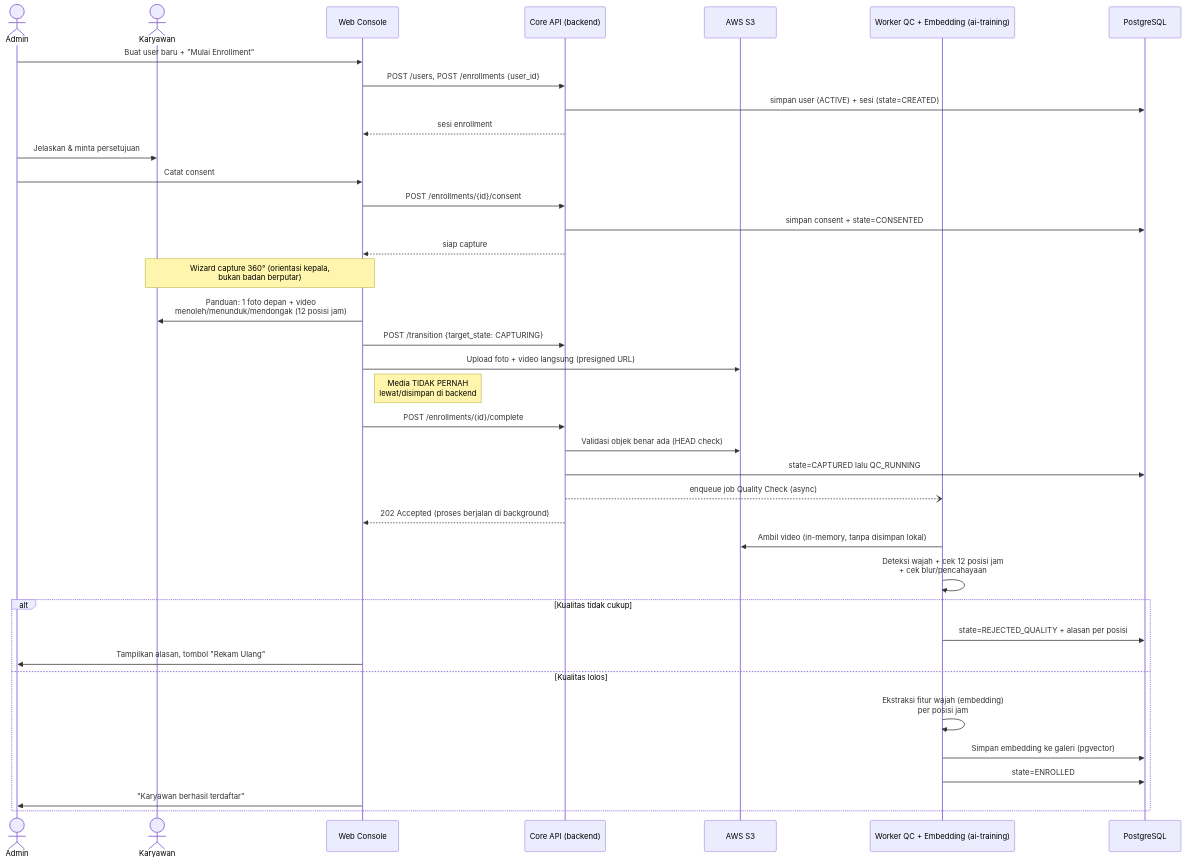
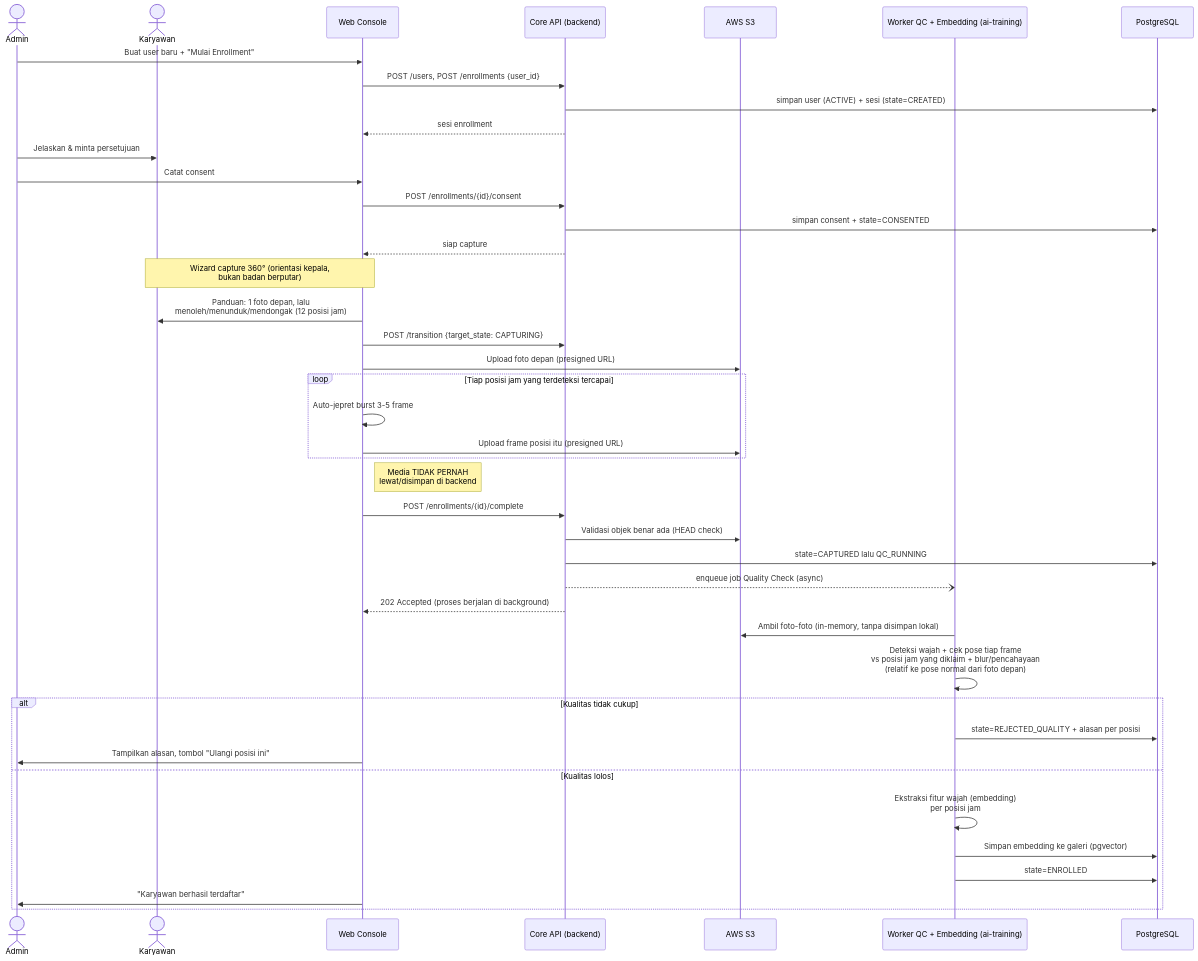
One commit to jalalAzhmatkhan/face-recognition changed the second of 8 diagrams in README.md. Above: the diagram before and after it, drawn with Mermaid. The commit also changed other lines of this file and 4 other files, not shown here.

````diff
--- a/README.md
+++ b/README.md
@@ -290,45 +290,49 @@
 ```mermaid
 sequenceDiagram
     actor Admin
     actor Karyawan
     participant FE as Web Console
     participant API as Core API (backend)
     participant S3 as AWS S3
     participant Worker as Worker QC + Embedding (ai-training)
     participant DB as PostgreSQL
 
     Admin->>FE: Buat user baru + "Mulai Enrollment"
     FE->>API: POST /users, POST /enrollments {user_id}
     API->>DB: simpan user (ACTIVE) + sesi (state=CREATED)
     API-->>FE: sesi enrollment
 
     Admin->>Karyawan: Jelaskan & minta persetujuan
     Admin->>FE: Catat consent
     FE->>API: POST /enrollments/{id}/consent
     API->>DB: simpan consent + state=CONSENTED
     API-->>FE: siap capture
 
     Note over FE,Karyawan: Wizard capture 360° (orientasi kepala,<br/>bukan badan berputar)
-    FE->>Karyawan: Panduan: 1 foto depan + video<br/>menoleh/menunduk/mendongak (12 posisi jam)
+    FE->>Karyawan: Panduan: 1 foto depan, lalu<br/>menoleh/menunduk/mendongak (12 posisi jam)
     FE->>API: POST /transition {target_state: CAPTURING}
-    FE->>S3: Upload foto + video langsung (presigned URL)
+    FE->>S3: Upload foto depan (presigned URL)
+    loop Tiap posisi jam yang terdeteksi tercapai
+        FE->>FE: Auto-jepret burst 3-5 frame
+        FE->>S3: Upload frame posisi itu (presigned URL)
+    end
     Note right of FE: Media TIDAK PERNAH<br/>lewat/disimpan di backend
 
     FE->>API: POST /enrollments/{id}/complete
     API->>S3: Validasi objek benar ada (HEAD check)
     API->>DB: state=CAPTURED lalu QC_RUNNING
     API--)Worker: enqueue job Quality Check (async)
     API-->>FE: 202 Accepted (proses berjalan di background)
 
-    Worker->>S3: Ambil video (in-memory, tanpa disimpan lokal)
-    Worker->>Worker: Deteksi wajah + cek 12 posisi jam<br/>+ cek blur/pencahayaan
+    Worker->>S3: Ambil foto-foto (in-memory, tanpa disimpan lokal)
+    Worker->>Worker: Deteksi wajah + cek pose tiap frame<br/>vs posisi jam yang diklaim + blur/pencahayaan<br/>(relatif ke pose normal dari foto depan)
     alt Kualitas tidak cukup
         Worker->>DB: state=REJECTED_QUALITY + alasan per posisi
-        FE->>Admin: Tampilkan alasan, tombol "Rekam Ulang"
+        FE->>Admin: Tampilkan alasan, tombol "Ulangi posisi ini"
     else Kualitas lolos
         Worker->>Worker: Ekstraksi fitur wajah (embedding)<br/>per posisi jam
         Worker->>DB: Simpan embedding ke galeri (pgvector)
         Worker->>DB: state=ENROLLED
         FE->>Admin: "Karyawan berhasil terdaftar"
     end
 ```
````
